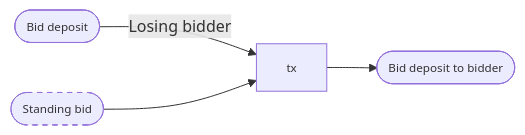
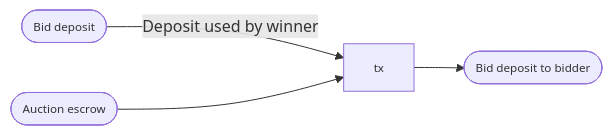
Before and after one commit to mlabs-haskell/hydra-auction: diagram 15 of 23 in docs/on_chain_spec.md, drawn with Mermaid. The commit also changed other lines of this file, not shown here.

````diff
--- a/docs/on_chain_spec.md
+++ b/docs/on_chain_spec.md
@@ -561,10 +946,9 @@
 ```mermaid
 flowchart LR
-  input1([Bid deposit]) -- Losing bidder --> tx
-  input2([Standing bid]):::reference --> tx
+  input1([Bid deposit]) -- Deposit used by winner --> tx
+  input2([Auction escrow]) --> tx
   tx --> output1([Bid deposit to bidder])
-  tx
 
   classDef default font-size:90%, overflow:visible;
   classDef reference stroke-dasharray: 5 5;
 ```
````
